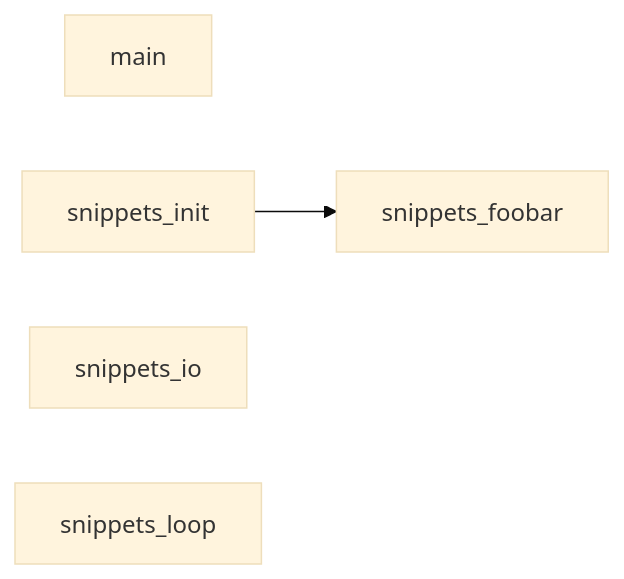
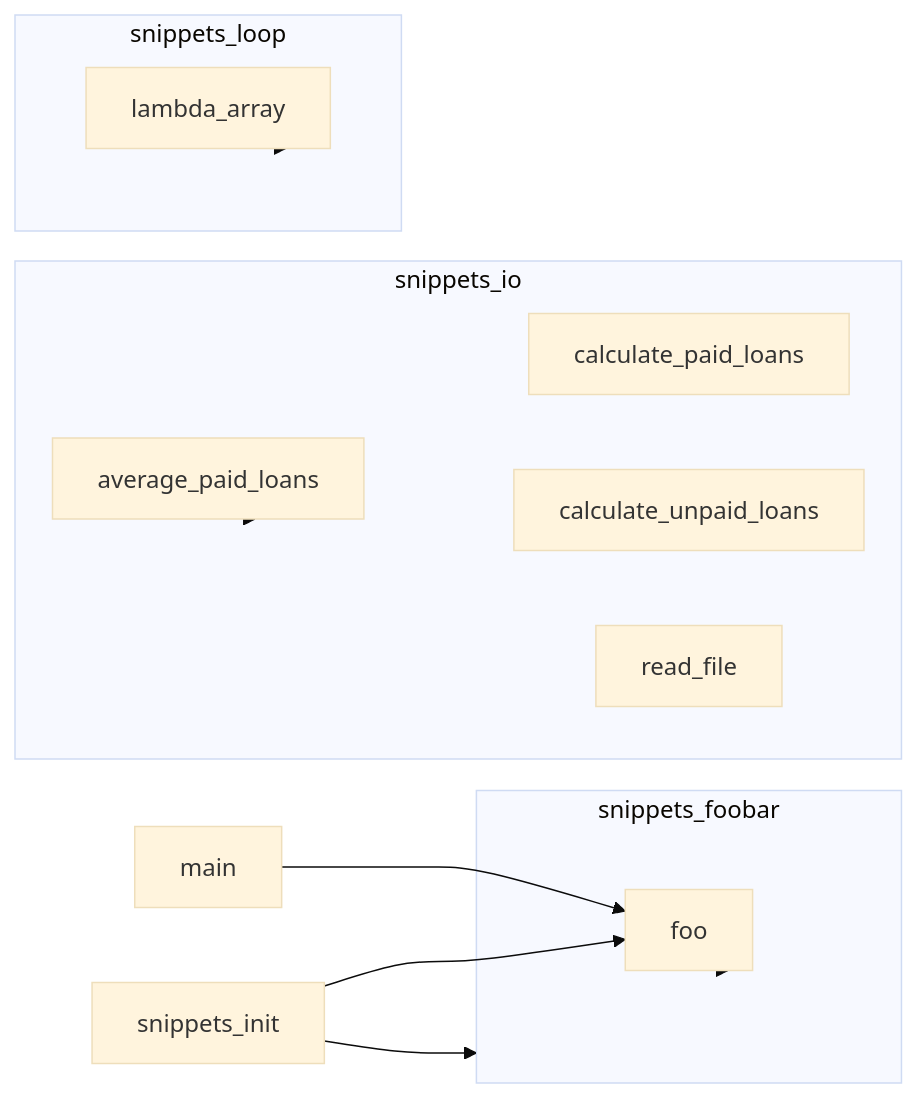
The diagram in reports/architecture.md (swalha1999/graphify-obsidian-reverse-engineering), drawn with Mermaid (base theme) before and after one commit. The commit also changed other lines of this file and 2 other files, not shown here.

Commit message:
feat: richer architecture report (overview metrics + call graph)
The old report was nearly empty: the block diagram filtered to module-only edges, hiding all 6 functions and 8 of 9 call edges, and the OOP map was just a note. Now ReverseEngineer emits:

- an Overview: node/edge counts + key structural facts (most central, SPOFs, blast radius, cycles) from the metrics;

- a Block & Call Graph: functions grouped inside their module via Mermaid subgraphs, with every dependency edge drawn.

Regenerated reports/architecture.md. 214 tests, 100% coverage.

````diff
--- a/reports/architecture.md
+++ b/reports/architecture.md
@@ -5,9 +19,26 @@
 ```mermaid
 flowchart LR
   main["main"]
-  snippets_foobar["snippets_foobar"]
+  subgraph snippets_foobar["snippets_foobar"]
+    snippets_foobar_foo["foo"]
+  end
   snippets_init["snippets_init"]
-  snippets_io["snippets_io"]
-  snippets_loop["snippets_loop"]
+  subgraph snippets_io["snippets_io"]
+    snippets_io_average_paid_loans["average_paid_loans"]
+    snippets_io_calculate_paid_loans["calculate_paid_loans"]
+    snippets_io_calculate_unpaid_loans["calculate_unpaid_loans"]
+    snippets_io_read_file["read_file"]
+  end
+  subgraph snippets_loop["snippets_loop"]
+    snippets_loop_lambda_array["lambda_array"]
+  end
+  main --> snippets_foobar_foo
+  snippets_foobar --> snippets_foobar_foo
   snippets_init --> snippets_foobar
+  snippets_init --> snippets_foobar_foo
+  snippets_io --> snippets_io_average_paid_loans
+  snippets_io --> snippets_io_calculate_paid_loans
+  snippets_io --> snippets_io_calculate_unpaid_loans
+  snippets_io --> snippets_io_read_file
+  snippets_loop --> snippets_loop_lambda_array
 ```
````
